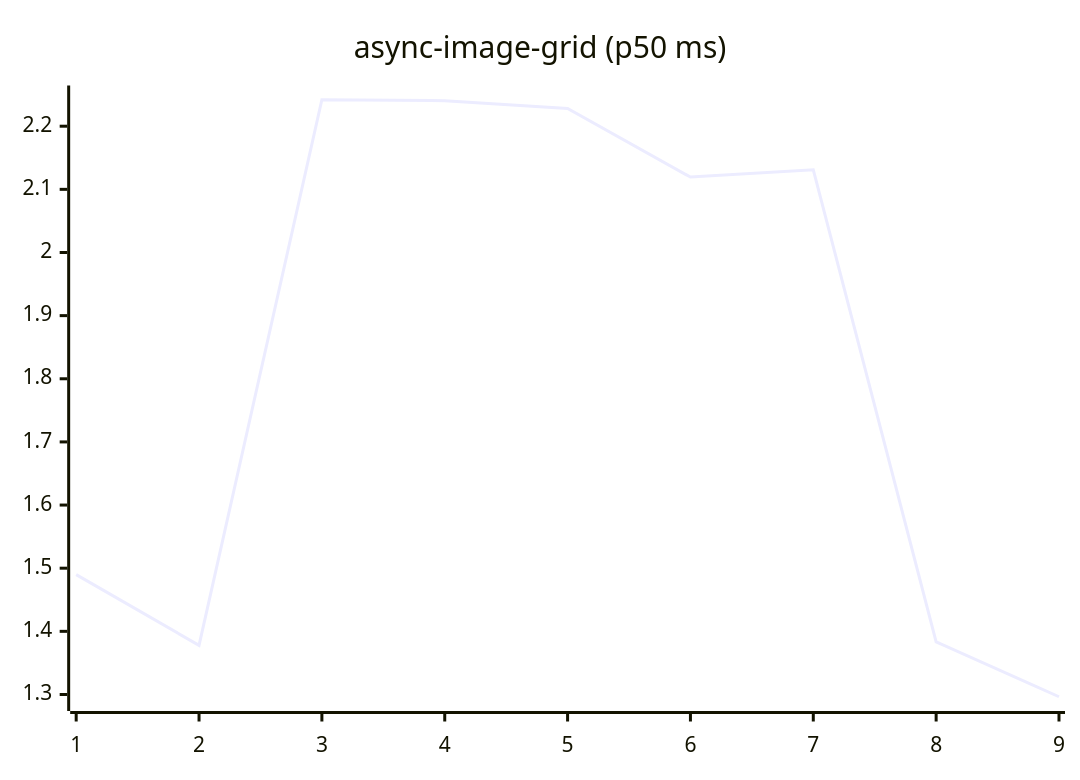
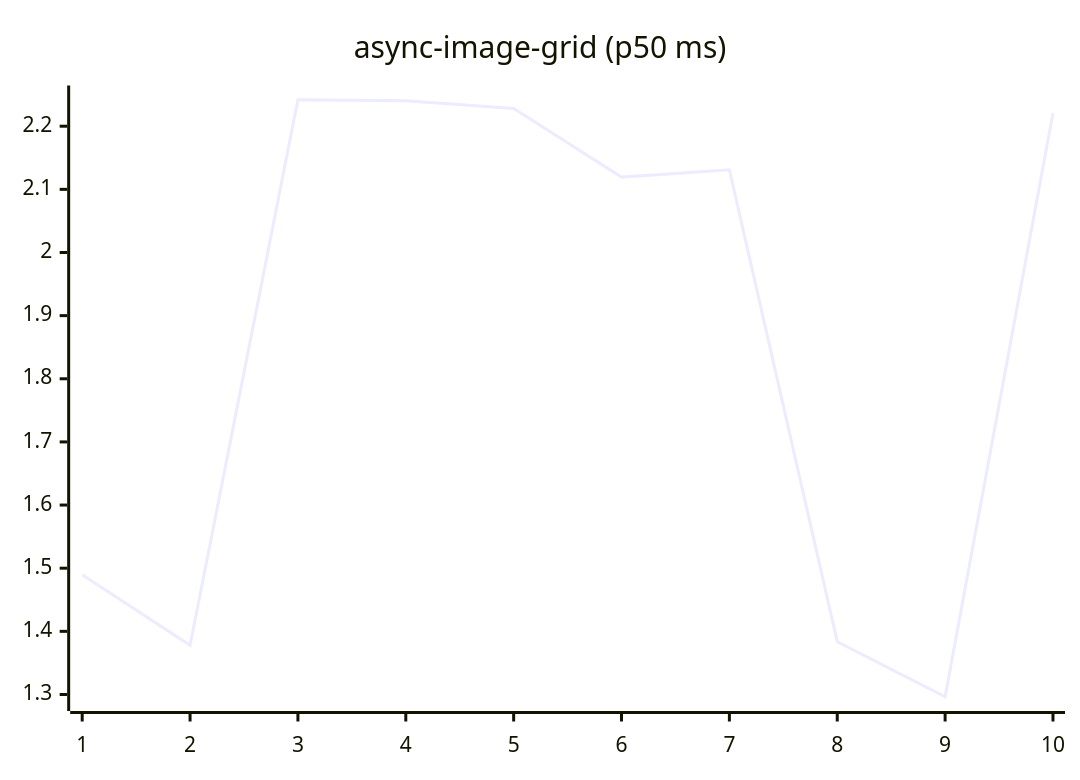
The fifth of 27 diagrams in README.md (josha/Facet), drawn with Mermaid before and after one commit. The commit also changed other lines of this file and 2 other files, not shown here.

````diff
--- a/README.md
+++ b/README.md
@@ -91,6 +91,6 @@
 ```mermaid
 xychart-beta
     title "async-image-grid (p50 ms)"
-    x-axis 1 --> 9
-    line [1.4898, 1.3778, 2.2419, 2.2404, 2.2280, 2.1194, 2.1310, 1.3834, 1.2964]
+    x-axis 1 --> 10
+    line [1.4898, 1.3778, 2.2419, 2.2404, 2.2280, 2.1194, 2.1310, 1.3834, 1.2964, 2.2208]
 ```
````
